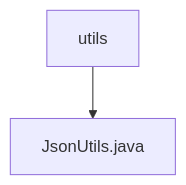
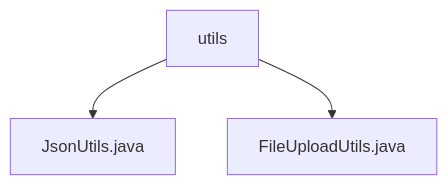
Before and after one commit to v-wjrong/imrrong_weixin-java-miniapp-demo: the diagram in docs/en/docs/src/main/java/com/github/binarywang/demo/wx/miniapp/utils/_module.md, drawn with Mermaid. The commit also changed other lines of this file and 37 other files, not shown here.

````diff
--- a/docs/en/docs/src/main/java/com/github/binarywang/demo/wx/miniapp/utils/_module.md
+++ b/docs/en/docs/src/main/java/com/github/binarywang/demo/wx/miniapp/utils/_module.md
@@ -18,4 +24,5 @@
 ```mermaid
 graph TD
     utils --> JsonUtils.java
+    utils --> FileUploadUtils.java
 ```
````
